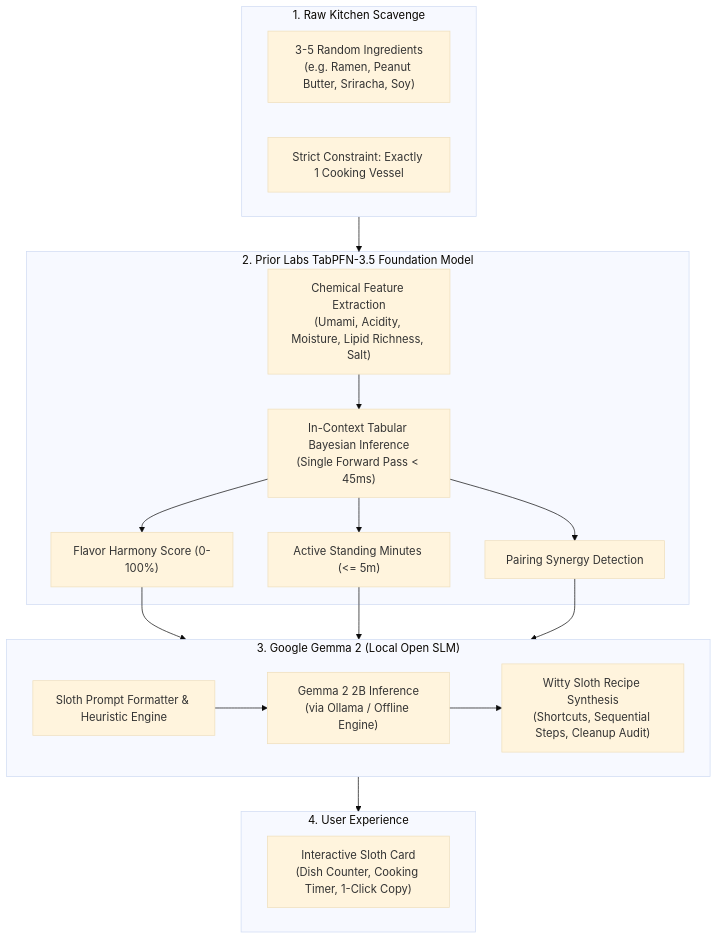
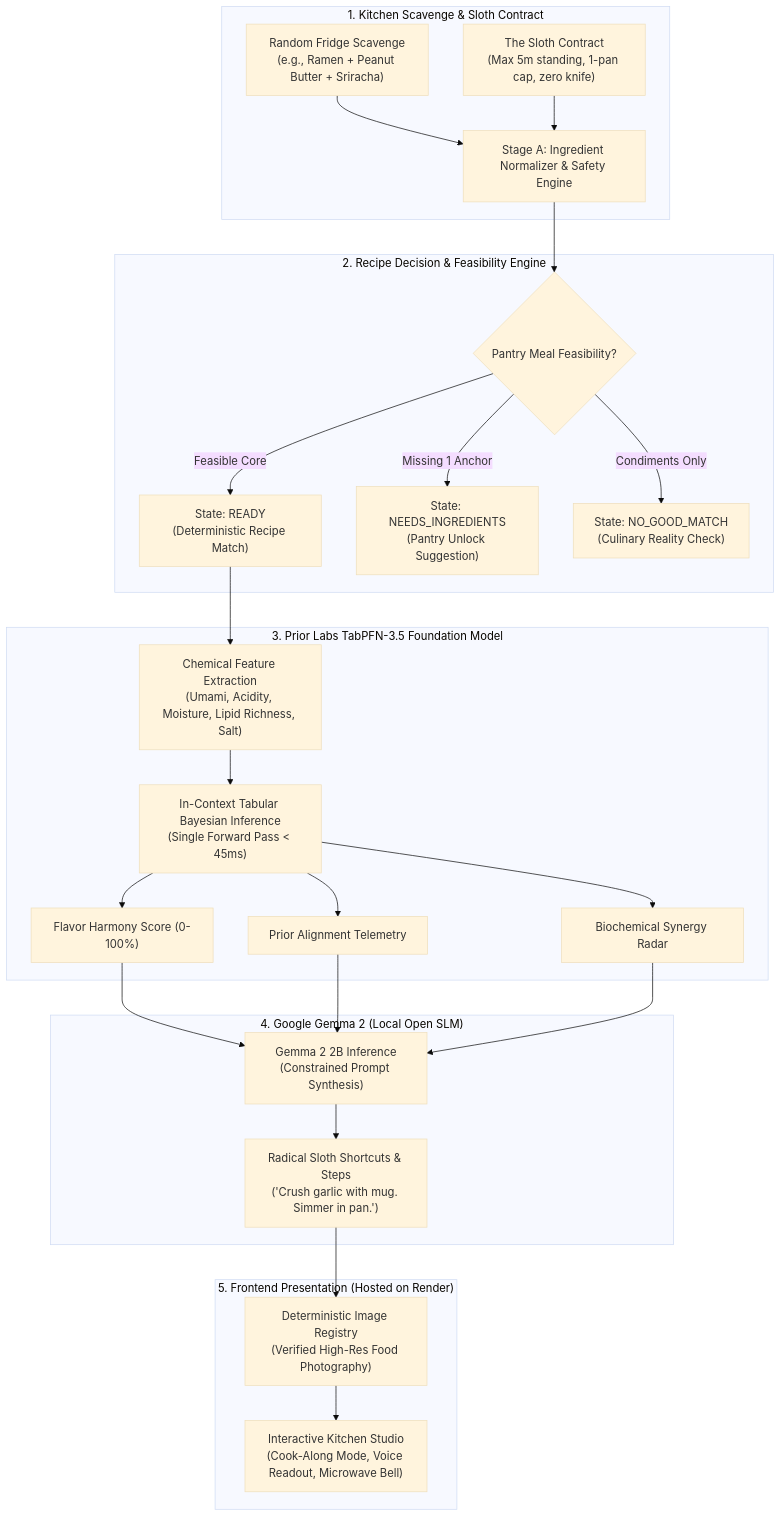
One commit to tribhu05/slothchef-ai changed the first of 2 diagrams in ARTICLE_DRAFT.md. Above: the diagram before and after it, drawn with Mermaid (base theme). The commit also changed other lines of this file, not shown here.

````diff
--- a/ARTICLE_DRAFT.md
+++ b/ARTICLE_DRAFT.md
@@ -52,33 +63,33 @@
 ```mermaid
 flowchart TD
-    subgraph Inputs["1. Raw Kitchen Scavenge"]
-        I["3-5 Random Ingredients<br/>(e.g. Ramen, Peanut Butter, Sriracha, Soy)"]
-        V["Strict Constraint: Exactly 1 Cooking Vessel"]
+    subgraph Input["1. Kitchen Scavenge & Sloth Contract"]
+        P["Random Fridge Scavenge<br/>(e.g., Ramen + Peanut Butter + Sriracha)"]
+        SC["The Sloth Contract<br/>(Max 5m standing, 1-pan cap, zero knife)"]
+        P & SC --> NE["Stage A: Ingredient Normalizer & Safety Engine"]
     end
 
-    subgraph TabPFN["2. Prior Labs TabPFN-3.5 Foundation Model"]
-        FE["Chemical Feature Extraction<br/>(Umami, Acidity, Moisture, Lipid Richness, Salt)"]
-        TP["In-Context Tabular Bayesian Inference<br/>(Single Forward Pass < 45ms)"]
-        FE --> TP
-        TP --> HS["Flavor Harmony Score (0-100%)"]
-        TP --> ST["Active Standing Minutes (<= 5m)"]
-        TP --> SC["Pairing Synergy Detection"]
+    subgraph Decision["2. Recipe Decision & Feasibility Engine"]
+        NE --> DS{"Pantry Meal Feasibility?"}
+        DS -- "Feasible Core" --> READY["State: READY<br/>(Deterministic Recipe Match)"]
+        DS -- "Missing 1 Anchor" --> NEEDS["State: NEEDS_INGREDIENTS<br/>(Pantry Unlock Suggestion)"]
+        DS -- "Condiments Only" --> NOMATCH["State: NO_GOOD_MATCH<br/>(Culinary Reality Check)"]
     end
 
-    subgraph Gemma["3. Google Gemma 2 (Local Open SLM)"]
-        PR["Sloth Prompt Formatter & Heuristic Engine"]
-        GM["Gemma 2 2B Inference<br/>(via Ollama / Offline Engine)"]
-        PR --> GM
-        GM --> RC["Witty Sloth Recipe Synthesis<br/>(Shortcuts, Sequential Steps, Cleanup Audit)"]
+    subgraph TabPFN["3. Prior Labs TabPFN-3.5 Foundation Model"]
+        READY --> FE["Chemical Feature Extraction<br/>(Umami, Acidity, Moisture, Lipid Richness, Salt)"]
+        FE --> TP["In-Context Tabular Bayesian Inference<br/>(Single Forward Pass < 45ms)"]
+        TP --> HS["Flavor Harmony Score (0-100%)"]
+        TP --> PA["Prior Alignment Telemetry"]
+        TP --> FS["Biochemical Synergy Radar"]
     end
 
-    subgraph Output["4. User Experience"]
-        UX["Interactive Sloth Card<br/>(Dish Counter, Cooking Timer, 1-Click Copy)"]
+    subgraph Gemma["4. Google Gemma 2 (Local Open SLM)"]
+        HS & PA & FS --> GM["Gemma 2 2B Inference<br/>(Constrained Prompt Synthesis)"]
+        GM --> REC["Radical Sloth Shortcuts & Steps<br/>('Crush garlic with mug. Simmer in pan.')"]
     end
 
-    Inputs --> TabPFN
-    HS --> Gemma
-    ST --> Gemma
-    SC --> Gemma
-    Gemma --> Output
+    subgraph UI["5. Frontend Presentation (Hosted on Render)"]
+        REC --> IR["Deterministic Image Registry<br/>(Verified High-Res Food Photography)"]
+        IR --> APP["Interactive Kitchen Studio<br/>(Cook-Along Mode, Voice Readout, Microwave Bell)"]
+    end
 ```
````
